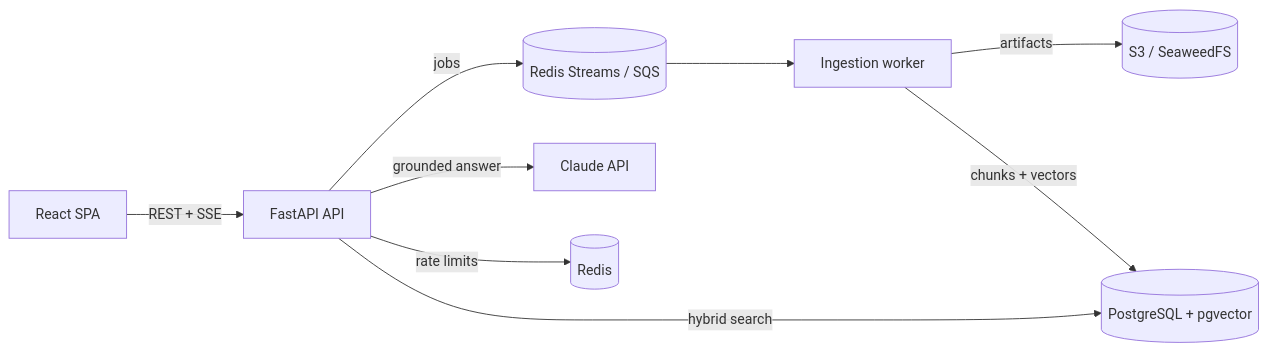
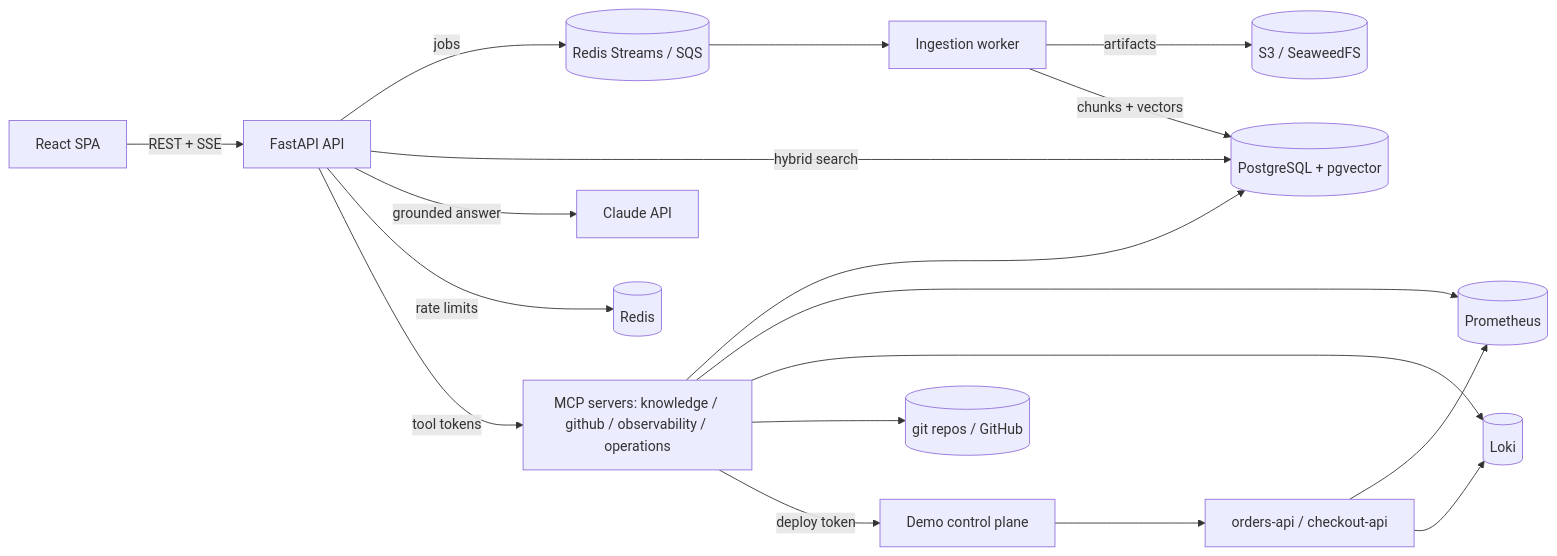
Before and after one commit to priyanshumishra25/OpsPilot-AI: the diagram in README.md, drawn with Mermaid. The commit also changed other lines of this file and 8 other files, not shown here.

Commit message:
Document MCP tools, incident demo and Phase 2 security model

````diff
--- a/README.md
+++ b/README.md
@@ -81,11 +86,17 @@
 ```mermaid
 flowchart LR
   UI[React SPA] -- REST + SSE --> API[FastAPI API]
   API -- jobs --> Q[(Redis Streams / SQS)]
   Q --> W[Ingestion worker]
   W -- artifacts --> S3[(S3 / SeaweedFS)]
   W -- chunks + vectors --> PG[(PostgreSQL + pgvector)]
   API -- hybrid search --> PG
   API -- grounded answer --> C[Claude API]
   API -- rate limits --> R[(Redis)]
+  API -- tool tokens --> MCP[MCP servers: knowledge / github / observability / operations]
+  MCP --> PG
+  MCP --> PROM[(Prometheus)] & LOKI[(Loki)] & GIT[(git repos / GitHub)]
+  MCP -- deploy token --> CP[Demo control plane]
+  CP --> DEMO[orders-api / checkout-api]
+  DEMO --> PROM & LOKI
 ```
````
